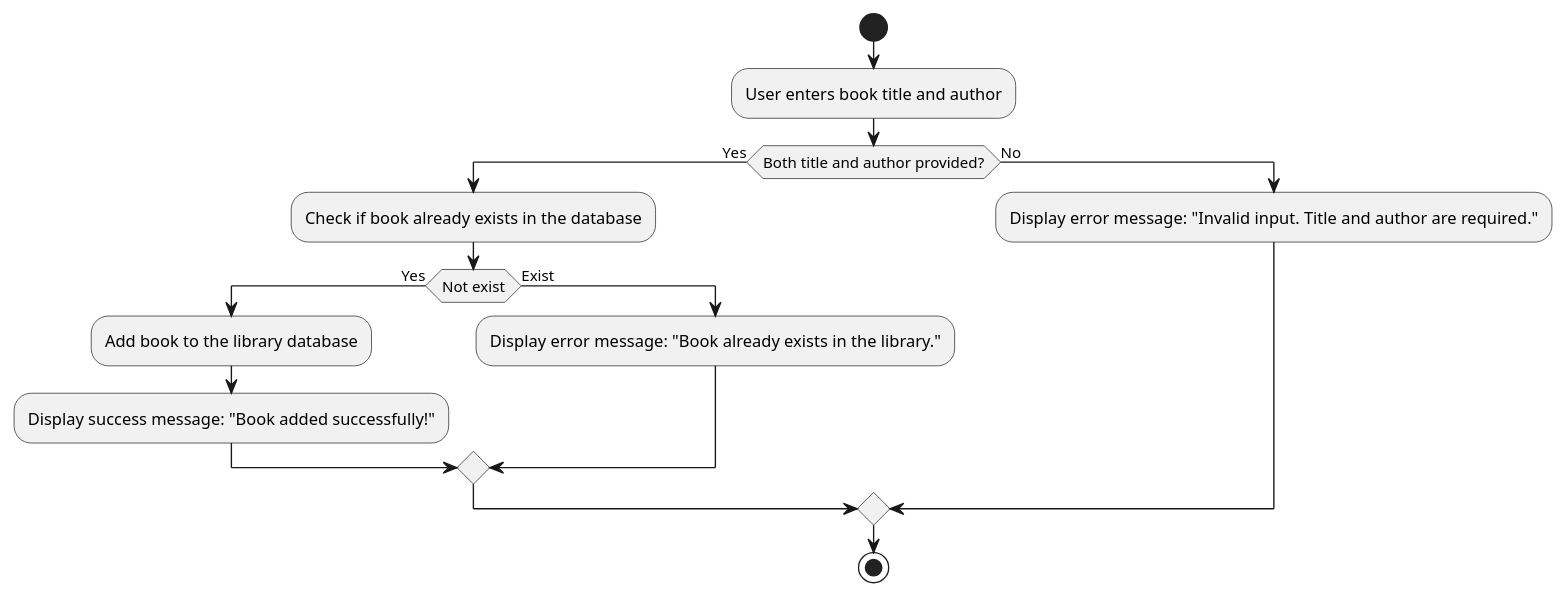
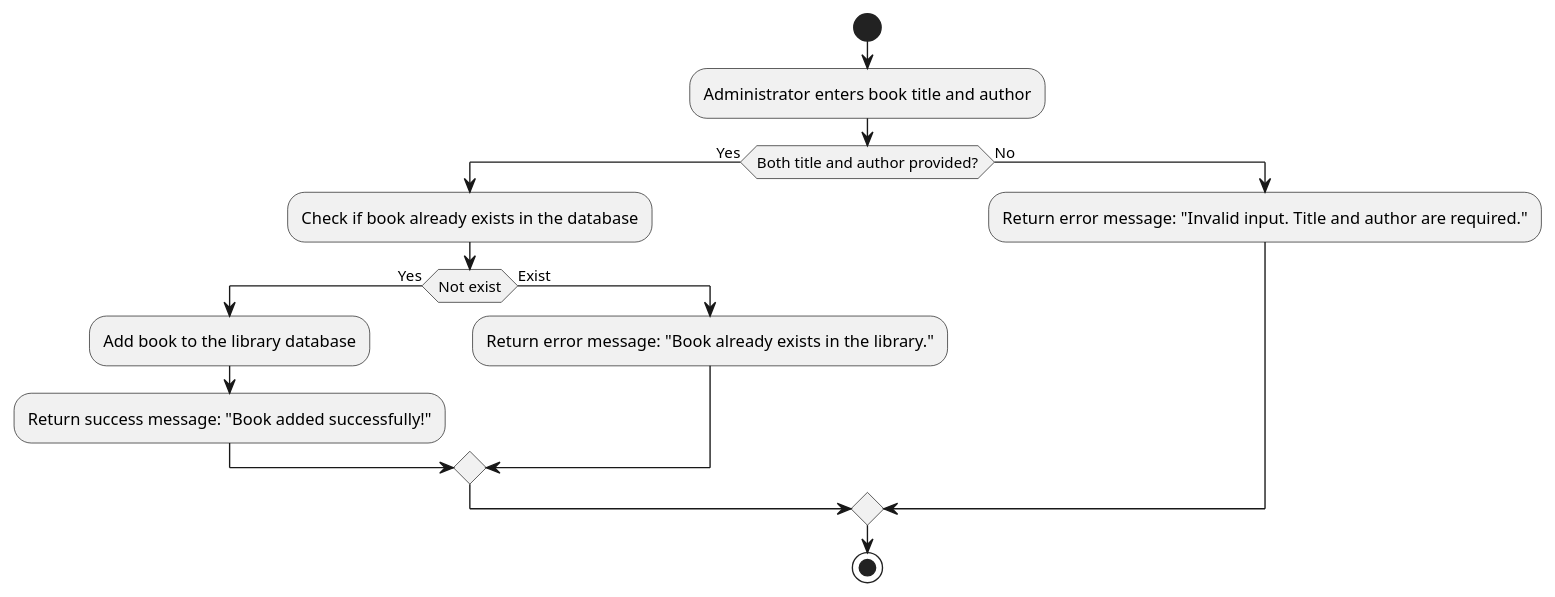
The diagram in src/main/java/AnalyseLibrarySystem/FlowchartUseCases/Customerservice/Add_Book.puml (JananJavdan/BibliotheekSysteem), drawn with PlantUML before and after one commit. The commit also changed 17 other files, not shown here.

```diff
--- a/src/main/java/AnalyseLibrarySystem/FlowchartUseCases/Customerservice/Add_Book.puml
+++ b/src/main/java/AnalyseLibrarySystem/FlowchartUseCases/Customerservice/Add_Book.puml
@@ -2,16 +2,16 @@
 @startuml
 start
-:User enters book title and author;
+:Administrator enters book title and author;
 if (Both title and author provided?) then (Yes)
   :Check if book already exists in the database;
   if (Not exist) then (Yes)
     :Add book to the library database;
-    :Display success message: "Book added successfully!";
+    :Return success message: "Book added successfully!";
   else (Exist)
-    :Display error message: "Book already exists in the library.";
+    :Return error message: "Book already exists in the library.";
   endif
 else (No)
-  :Display error message: "Invalid input. Title and author are required.";
+  :Return error message: "Invalid input. Title and author are required.";
 endif
 stop
 @enduml
```
